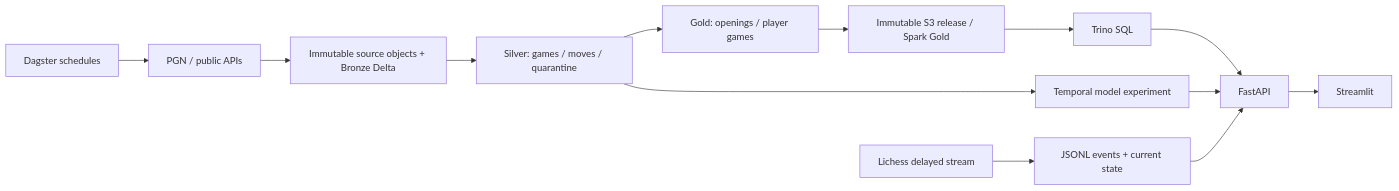
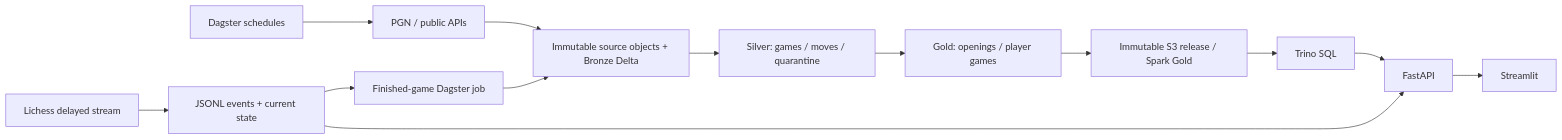
One commit to dattrong-20/chess4f changed the diagram in README.md. Above: the diagram before and after it, drawn with Mermaid. The commit also changed other lines of this file and 5 other files, not shown here.

````diff
--- a/README.md
+++ b/README.md
@@ -35,15 +37,15 @@
 ```mermaid
 flowchart LR
   A[PGN / public APIs] --> B[Immutable source objects + Bronze Delta]
   B --> C[Silver: games / moves / quarantine]
   C --> D[Gold: openings / player games]
   D --> K[Immutable S3 release / Spark Gold]
   K --> E[Trino SQL]
   O[Dagster schedules] --> A
   E --> F[FastAPI]
   F --> G[Streamlit]
-  C --> H[Temporal model experiment]
-  H --> F
   I[Lichess delayed stream] --> J[JSONL events + current state]
   J --> F
+  J --> Q[Finished-game Dagster job]
+  Q --> B
 ```
````
